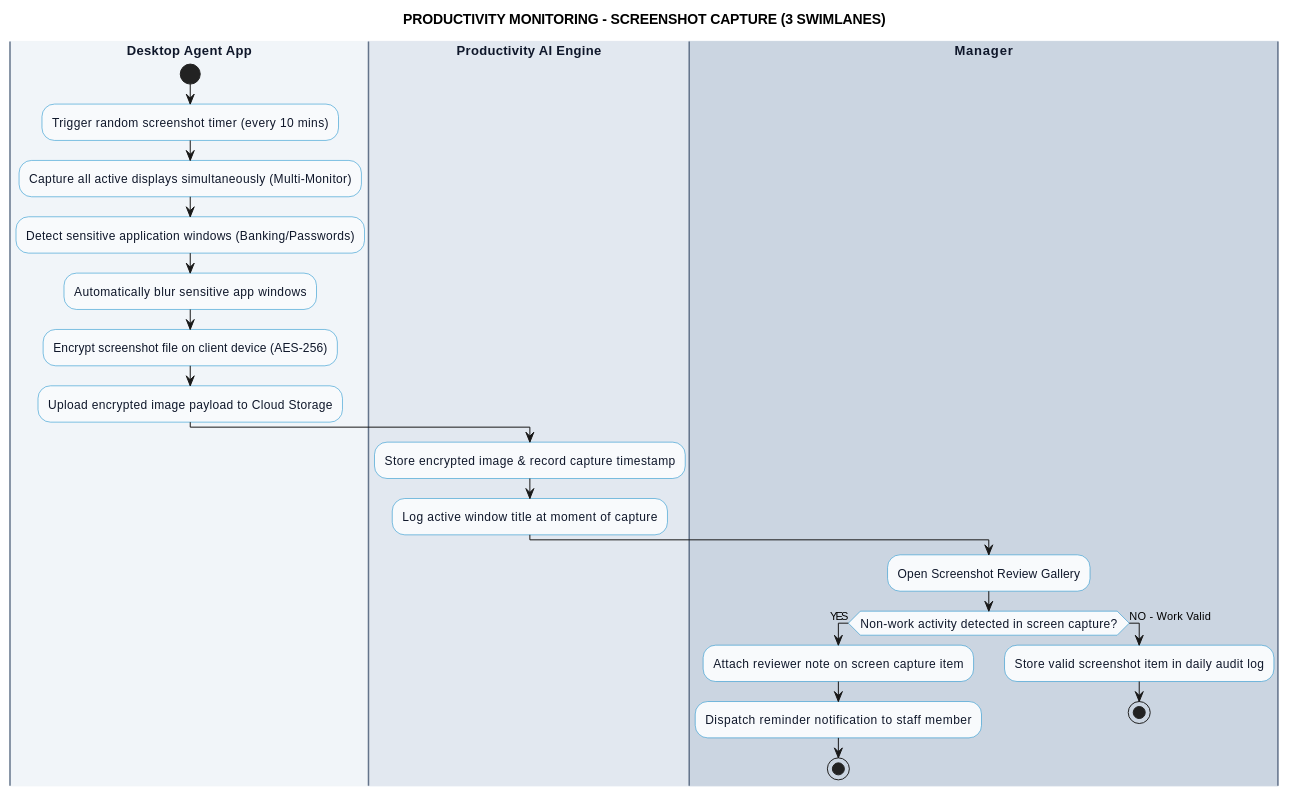
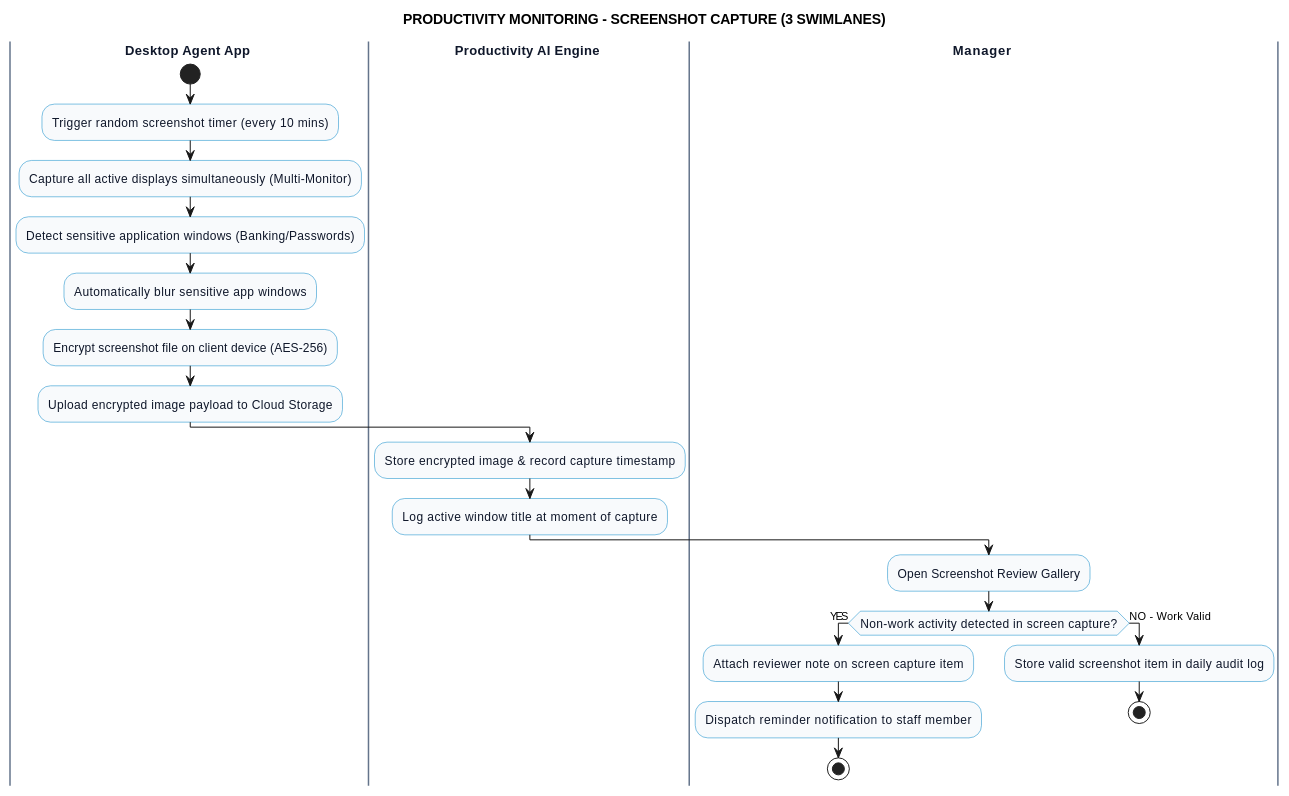
The diagram in docs/swimlane/productivity_monitoring/ScreenshotCaptureDiagram.md (Dikhang1112/Monitoring_HR), drawn with PlantUML before and after one commit. The commit also changed other lines of this file and 47 other files, not shown here.

Commit message:
Refactor usecase diagram and swimlane

````diff
--- a/docs/swimlane/productivity_monitoring/ScreenshotCaptureDiagram.md
+++ b/docs/swimlane/productivity_monitoring/ScreenshotCaptureDiagram.md
@@ -9,50 +9,50 @@
 ```plantuml
 @startuml
 title PRODUCTIVITY MONITORING - SCREENSHOT CAPTURE (3 SWIMLANES)
 
 skinparam linetype ortho
 skinparam nodesep 60
 skinparam ranksep 80
 
 skinparam activity {
   BackgroundColor #f8fafc
   BorderColor #0284c7
   FontColor #0f172a
   FontSize 12
 }
 skinparam swimlane {
   BorderColor #64748b
   TitleFontColor #0f172a
   TitleFontSize 13
   TitleFontStyle bold
 }
 
 ' =====================================================
 ' 3 SWIMLANES DECLARATION
 ' =====================================================
-|#f1f5f9| Desktop Agent App |
+|Desktop Agent App |
 start
 :Trigger random screenshot timer (every 10 mins);
 :Capture all active displays simultaneously (Multi-Monitor);
 :Detect sensitive application windows (Banking/Passwords);
 :Automatically blur sensitive app windows;
 :Encrypt screenshot file on client device (AES-256);
 :Upload encrypted image payload to Cloud Storage;
 
-|#e2e8f0| Productivity AI Engine |
+|Productivity AI Engine |
 :Store encrypted image & record capture timestamp;
 :Log active window title at moment of capture;
 
-|#cbd5e1| Manager |
+|Manager |
 :Open Screenshot Review Gallery;
 if (Non-work activity detected in screen capture?) then (YES)
   :Attach reviewer note on screen capture item;
   :Dispatch reminder notification to staff member;
   stop
 else (NO - Work Valid)
   :Store valid screenshot item in daily audit log;
   stop
 endif
 
 @enduml
 ```
````
